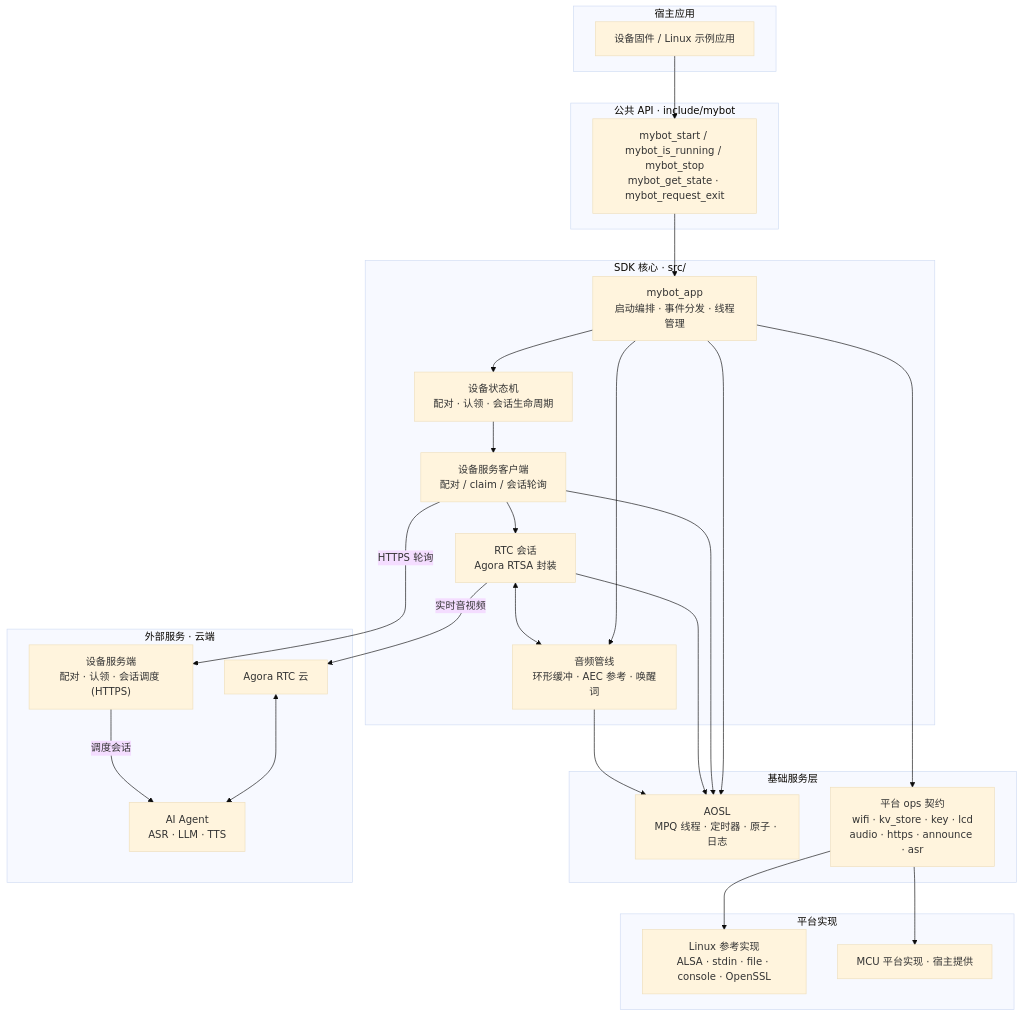
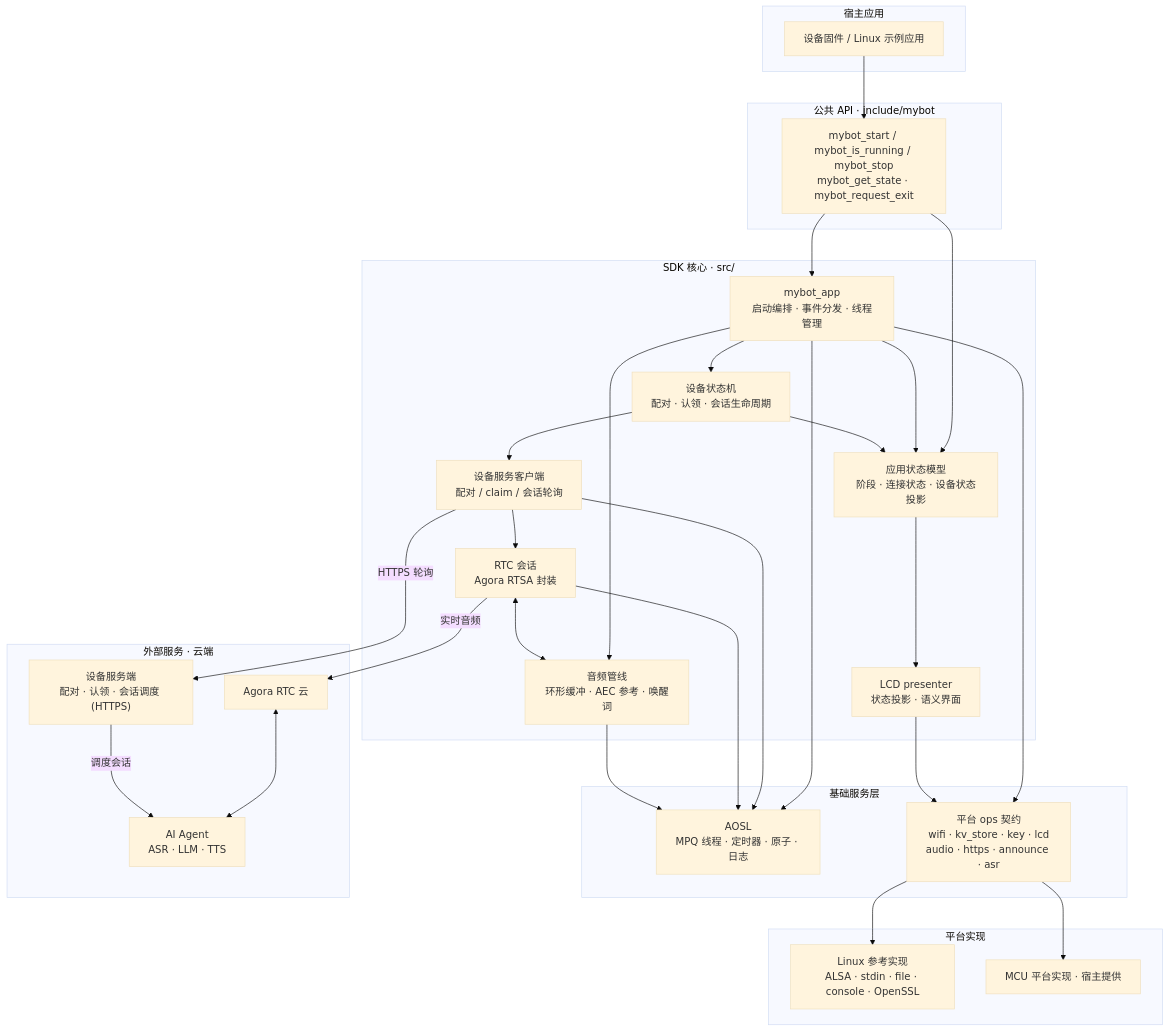
One commit to junlon2006/mybot changed the second of 4 diagrams in README.zh-CN.md. Above: the diagram before and after it, drawn with Mermaid (base theme). The commit also changed other lines of this file and 18 other files, not shown here.

````diff
--- a/README.zh-CN.md
+++ b/README.zh-CN.md
@@ -225,53 +227,60 @@
 ```mermaid
 flowchart TB
     subgraph host["宿主应用"]
         host_app["设备固件 / Linux 示例应用"]
     end
 
     subgraph api["公共 API · include/mybot"]
         api_h["mybot_start / mybot_is_running / mybot_stop<br/>mybot_get_state · mybot_request_exit"]
     end
 
     subgraph core["SDK 核心 · src/"]
         app_c["mybot_app<br/>启动编排 · 事件分发 · 线程管理"]
+        app_state["应用状态模型<br/>阶段 · 连接状态 · 设备状态投影"]
+        presenter["LCD presenter<br/>状态投影 · 语义界面"]
         state_m["设备状态机<br/>配对 · 认领 · 会话生命周期"]
         svc_c["设备服务客户端<br/>配对 / claim / 会话轮询"]
         rtc_c["RTC 会话<br/>Agora RTSA 封装"]
         media_c["音频管线<br/>环形缓冲 · AEC 参考 · 唤醒词"]
     end
 
     subgraph infra["基础服务层"]
         aosl["AOSL<br/>MPQ 线程 · 定时器 · 原子 · 日志"]
         ops["平台 ops 契约<br/>wifi · kv_store · key · lcd<br/>audio · https · announce · asr"]
     end
 
     subgraph plat["平台实现"]
         linux_b["Linux 参考实现<br/>ALSA · stdin · file · console · OpenSSL"]
         mcu_b["MCU 平台实现 · 宿主提供"]
     end
 
     subgraph ext["外部服务 · 云端"]
         svc_e["设备服务端<br/>配对 · 认领 · 会话调度 (HTTPS)"]
         agora_e["Agora RTC 云"]
         agent_e["AI Agent<br/>ASR · LLM · TTS"]
     end
 
     host_app --> api_h
     api_h --> app_c
+    api_h --> app_state
     app_c --> state_m
+    app_c --> app_state
+    state_m --> app_state
+    app_state --> presenter
     app_c --> media_c
     state_m --> svc_c
     svc_c --> rtc_c
     rtc_c <--> media_c
     app_c --> aosl
     app_c --> ops
+    presenter --> ops
     svc_c --> aosl
     rtc_c --> aosl
     media_c --> aosl
     ops --> linux_b
     ops --> mcu_b
     svc_c -->|HTTPS 轮询| svc_e
-    rtc_c -->|实时音视频| agora_e
+    rtc_c -->|实时音频| agora_e
     agora_e <--> agent_e
     svc_e -->|调度会话| agent_e
 ```
````
